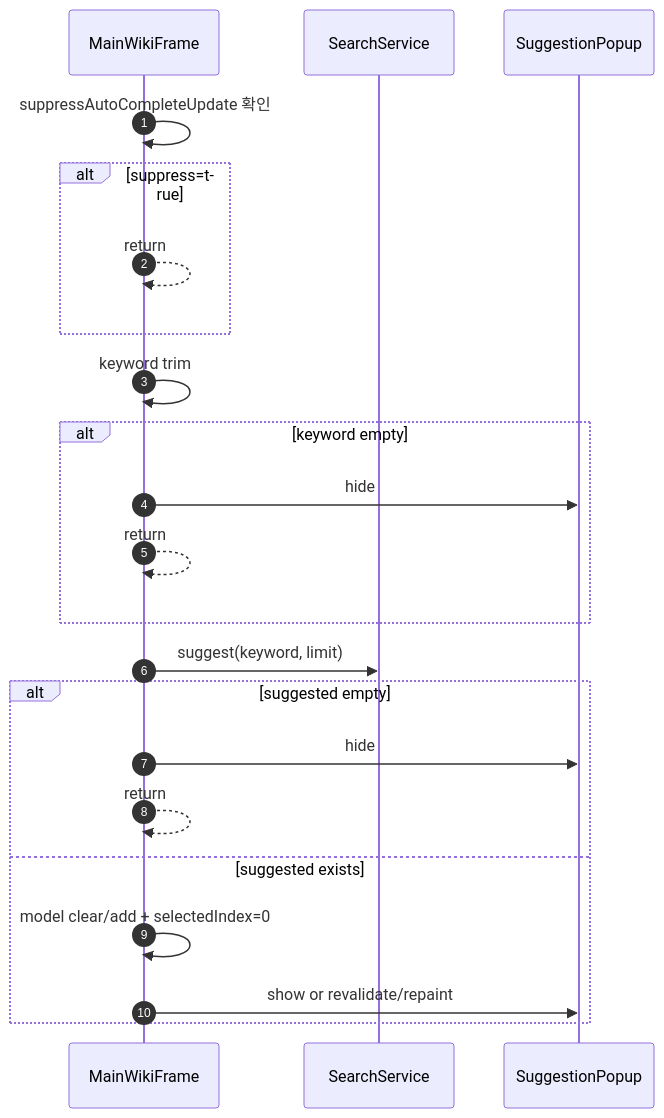
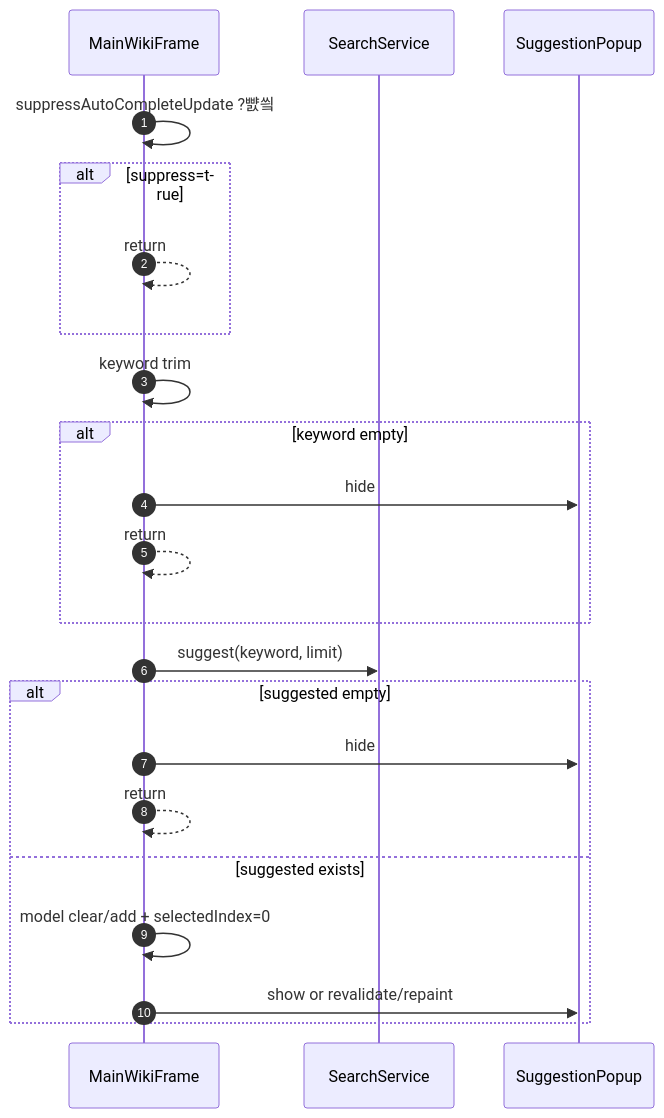
One commit to jegalhb/JAVA_WIKI_ONLINE changed the sixth of 22 diagrams in src/Reproject/README.md. Above: the diagram before and after it, drawn with Mermaid. The commit also changed other lines of this file, not shown here.

````diff
--- a/src/Reproject/README.md
+++ b/src/Reproject/README.md
@@ -178,25 +178,25 @@
 ```mermaid
 sequenceDiagram
     autonumber
     participant MW as MainWikiFrame
     participant SS as SearchService
     participant P as SuggestionPopup
 
-    MW->>MW: suppressAutoCompleteUpdate 확인
+    MW->>MW: suppressAutoCompleteUpdate ?뺤씤
     alt suppress=true
         MW-->>MW: return
     end
     MW->>MW: keyword trim
     alt keyword empty
         MW->>P: hide
         MW-->>MW: return
     end
     MW->>SS: suggest(keyword, limit)
     alt suggested empty
         MW->>P: hide
         MW-->>MW: return
     else suggested exists
         MW->>MW: model clear/add + selectedIndex=0
         MW->>P: show or revalidate/repaint
     end
 ```
````
